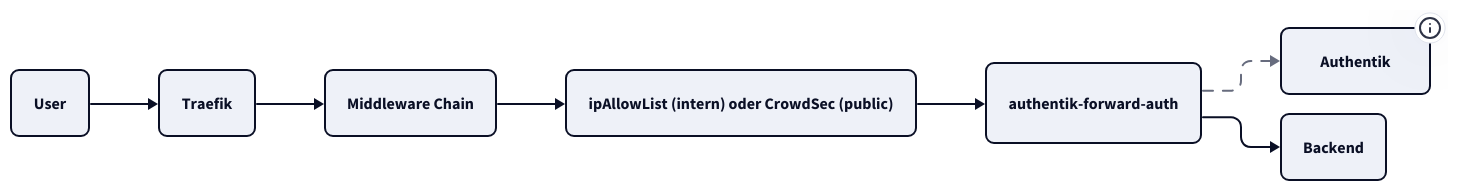
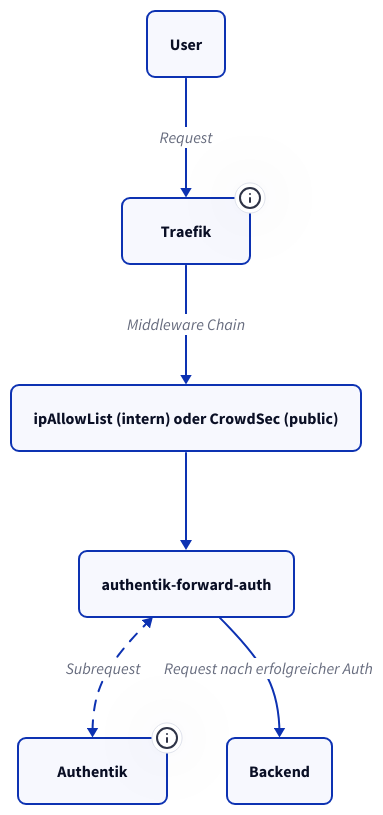
Before and after one commit to derever-labs/homelab-wiki: the diagram in docs/traefik/referenz.md, drawn with D2. The commit also changed 9 other files, not shown here.

First line of the commit message:
docs(infrastruktur): Diagramme fuer TALA ueberarbeiten (Batch B2) (#100)

````diff
--- a/docs/traefik/referenz.md
+++ b/docs/traefik/referenz.md
@@ -84,33 +84,23 @@
 ```d2
-vars: {
-  d2-config: {
-    theme-id: 1
-    layout-engine: elk
+classes: {
+  node: {
+    style.border-radius: 8
   }
 }
 
-classes: {
-  node: {
-    style: {
-      border-radius: 8
-    }
-  }
-}
-
-direction: right
-
 User: User { class: node }
-Traefik: Traefik { class: node }
-chain: Middleware Chain { class: node }
+Traefik: Traefik { class: node; tooltip: "Wendet die am Router konfigurierte Middleware Chain an" }
 ipcheck: ipAllowList (intern) oder CrowdSec (public) { class: node }
 fwdauth: authentik-forward-auth { class: node }
-authentik: Authentik { class: node; tooltip: "ForwardAuth /outpost.goauthentik.io/..." }
+authentik: Authentik { class: node; tooltip: "ForwardAuth-Endpoint /outpost.goauthentik.io/..." }
 Backend: Backend { class: node }
 
-User -> Traefik
-Traefik -> chain
-chain -> ipcheck
+User -> Traefik: Request
+Traefik -> ipcheck: Middleware Chain
 ipcheck -> fwdauth
-fwdauth -> authentik: { style.stroke-dash: 5 }
-fwdauth -> Backend
+fwdauth <-> authentik: Subrequest {
+  style.stroke-dash: 5
+  tooltip: "Ohne gültige Session antwortet der Outpost mit 302 zum Login"
+}
+fwdauth -> Backend: Request nach erfolgreicher Auth
 ```
````
